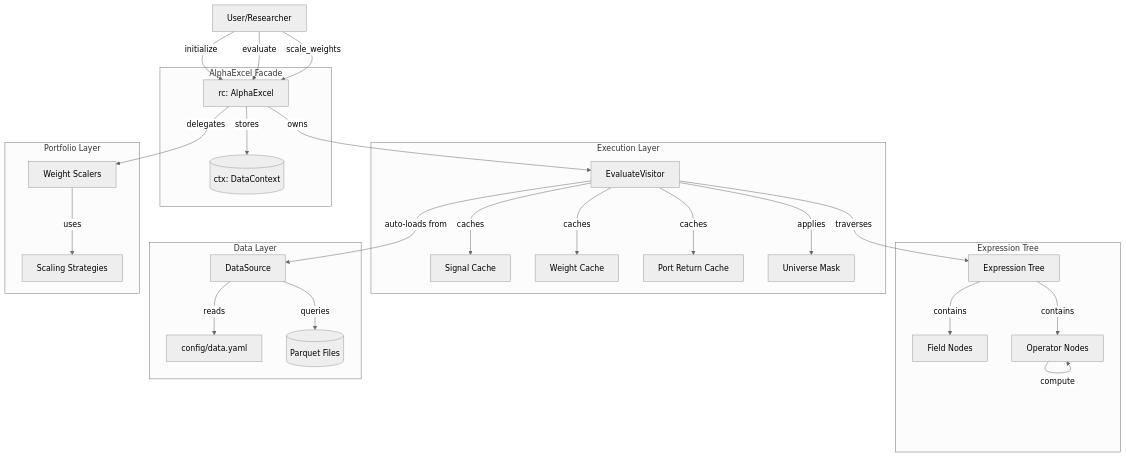
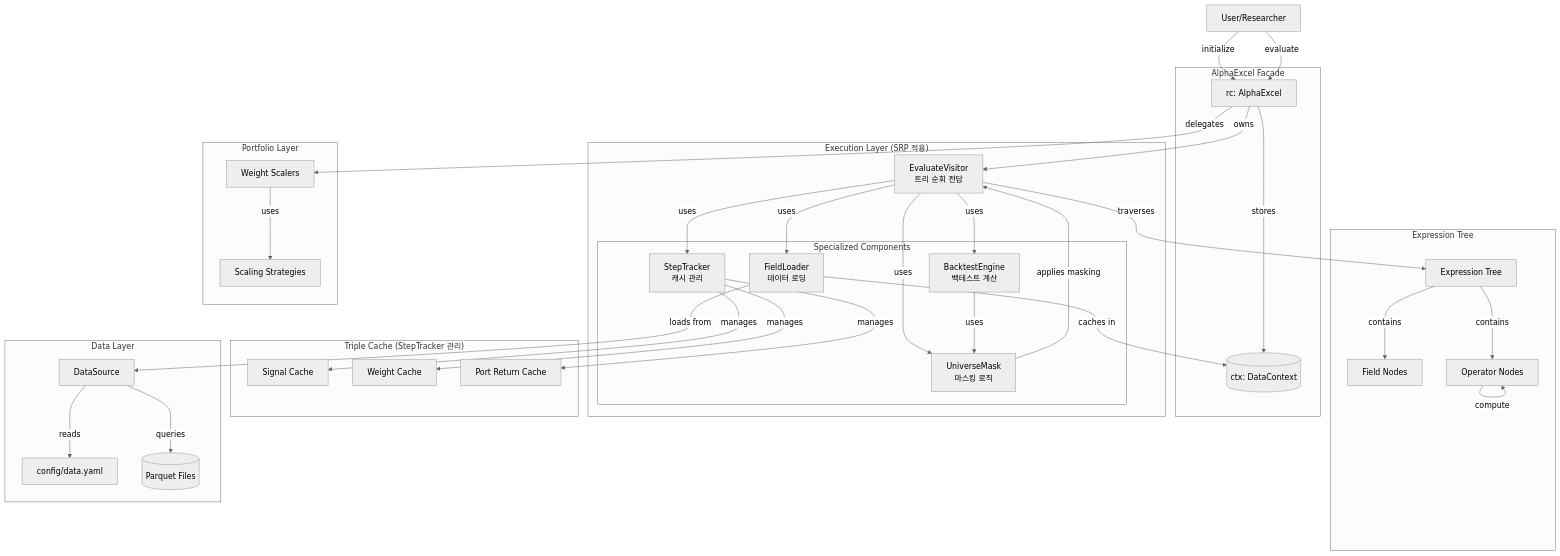
One commit to jaepil-choi/alpha-excel changed the first of 4 diagrams in docs/vibe_coding/alpha-excel/ae-architecture.md. Above: the diagram before and after it, drawn with Mermaid (neutral theme). The commit also changed other lines of this file and 1 other file, not shown here.

First line of the commit message:
docs: update architecture and implementation docs for SRP refactoring

````diff
--- a/docs/vibe_coding/alpha-excel/ae-architecture.md
+++ b/docs/vibe_coding/alpha-excel/ae-architecture.md
@@ -9,57 +15,74 @@
 ```mermaid
 graph TB
     User[User/Researcher]
 
     subgraph "AlphaExcel Facade"
         RC[rc: AlphaExcel]
         CTX[(ctx: DataContext)]
     end
 
-    subgraph "Execution Layer"
-        Visitor[EvaluateVisitor]
+    subgraph "Execution Layer (SRP 적용)"
+        Visitor[EvaluateVisitor<br/>트리 순회 전담]
+
+        subgraph "Specialized Components"
+            UnivMask[UniverseMask<br/>마스킹 로직]
+            StepTracker[StepTracker<br/>캐시 관리]
+            FieldLoader[FieldLoader<br/>데이터 로딩]
+            BacktestEngine[BacktestEngine<br/>백테스트 계산]
+        end
+    end
+
+    subgraph "Triple Cache (StepTracker 관리)"
         SignalCache[Signal Cache]
         WeightCache[Weight Cache]
         PortReturnCache[Port Return Cache]
-        UnivMask[Universe Mask]
     end
 
     subgraph "Expression Tree"
         Field[Field Nodes]
         Operators[Operator Nodes]
         ExprTree[Expression Tree]
     end
 
     subgraph "Data Layer"
         DataSource[DataSource]
         Config[config/data.yaml]
         Parquet[(Parquet Files)]
     end
 
     subgraph "Portfolio Layer"
         Scalers[Weight Scalers]
         Strategies[Scaling Strategies]
     end
 
     User -->|initialize| RC
     User -->|evaluate| RC
-    User -->|scale_weights| RC
     RC -->|stores| CTX
     RC -->|owns| Visitor
     RC -->|delegates| Scalers
 
-    Visitor -->|applies| UnivMask
-    Visitor -->|caches| SignalCache
-    Visitor -->|caches| WeightCache
-    Visitor -->|caches| PortReturnCache
+    Visitor -->|uses| UnivMask
+    Visitor -->|uses| StepTracker
+    Visitor -->|uses| FieldLoader
+    Visitor -->|uses| BacktestEngine
     Visitor -->|traverses| ExprTree
+
+    StepTracker -->|manages| SignalCache
+    StepTracker -->|manages| WeightCache
+    StepTracker -->|manages| PortReturnCache
+
+    FieldLoader -->|loads from| DataSource
+    FieldLoader -->|caches in| CTX
+
+    UnivMask -->|applies masking|Visitor
+    BacktestEngine -->|uses| UnivMask
 
     ExprTree -->|contains| Field
     ExprTree -->|contains| Operators
 
-    Visitor -->|auto-loads from| DataSource
     DataSource -->|reads| Config
     DataSource -->|queries| Parquet
 
     Scalers -->|uses| Strategies
     Operators -->|compute| Operators
 ```
````
